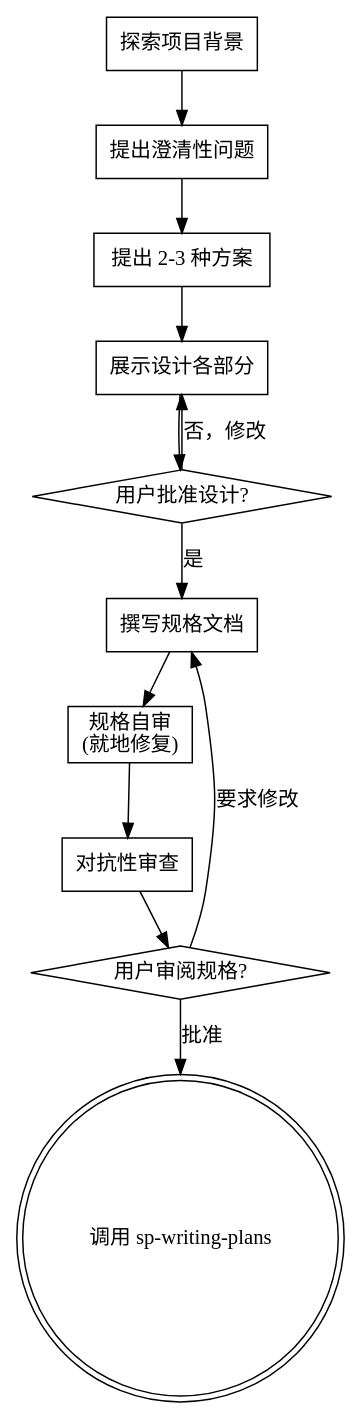
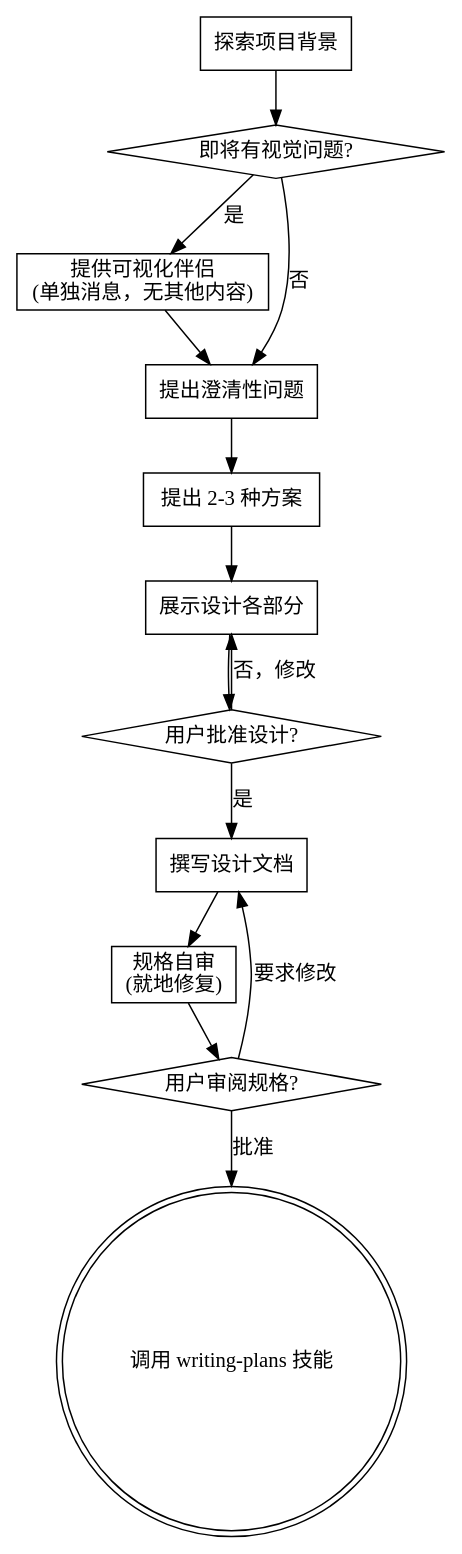
The diagram in .claude/skills/sp-brainstorming/SKILL.md (shf0615/comm_route_new), drawn with Graphviz before and after one commit. The commit also changed other lines of this file, not shown here.

````diff
--- a/.claude/skills/sp-brainstorming/SKILL.md
+++ b/.claude/skills/sp-brainstorming/SKILL.md
@@ -36,26 +31,29 @@
 ```dot
 digraph brainstorming {
     "探索项目背景" [shape=box];
+    "即将有视觉问题?" [shape=diamond];
+    "提供可视化伴侣\n(单独消息，无其他内容)" [shape=box];
     "提出澄清性问题" [shape=box];
     "提出 2-3 种方案" [shape=box];
     "展示设计各部分" [shape=box];
     "用户批准设计?" [shape=diamond];
-    "撰写规格文档" [shape=box];
+    "撰写设计文档" [shape=box];
     "规格自审\n(就地修复)" [shape=box];
-    "对抗性审查" [shape=box];
     "用户审阅规格?" [shape=diamond];
-    "调用 sp-writing-plans" [shape=doublecircle];
+    "调用 writing-plans 技能" [shape=doublecircle];
 
-    "探索项目背景" -> "提出澄清性问题";
+    "探索项目背景" -> "即将有视觉问题?";
+    "即将有视觉问题?" -> "提供可视化伴侣\n(单独消息，无其他内容)" [label="是"];
+    "即将有视觉问题?" -> "提出澄清性问题" [label="否"];
+    "提供可视化伴侣\n(单独消息，无其他内容)" -> "提出澄清性问题";
     "提出澄清性问题" -> "提出 2-3 种方案";
     "提出 2-3 种方案" -> "展示设计各部分";
     "展示设计各部分" -> "用户批准设计?";
     "用户批准设计?" -> "展示设计各部分" [label="否，修改"];
-    "用户批准设计?" -> "撰写规格文档" [label="是"];
-    "撰写规格文档" -> "规格自审\n(就地修复)";
-    "规格自审\n(就地修复)" -> "对抗性审查";
-    "对抗性审查" -> "用户审阅规格?";
-    "用户审阅规格?" -> "撰写规格文档" [label="要求修改"];
-    "用户审阅规格?" -> "调用 sp-writing-plans" [label="批准"];
+    "用户批准设计?" -> "撰写设计文档" [label="是"];
+    "撰写设计文档" -> "规格自审\n(就地修复)";
+    "规格自审\n(就地修复)" -> "用户审阅规格?";
+    "用户审阅规格?" -> "撰写设计文档" [label="要求修改"];
+    "用户审阅规格?" -> "调用 writing-plans 技能" [label="批准"];
 }
 ```
````
